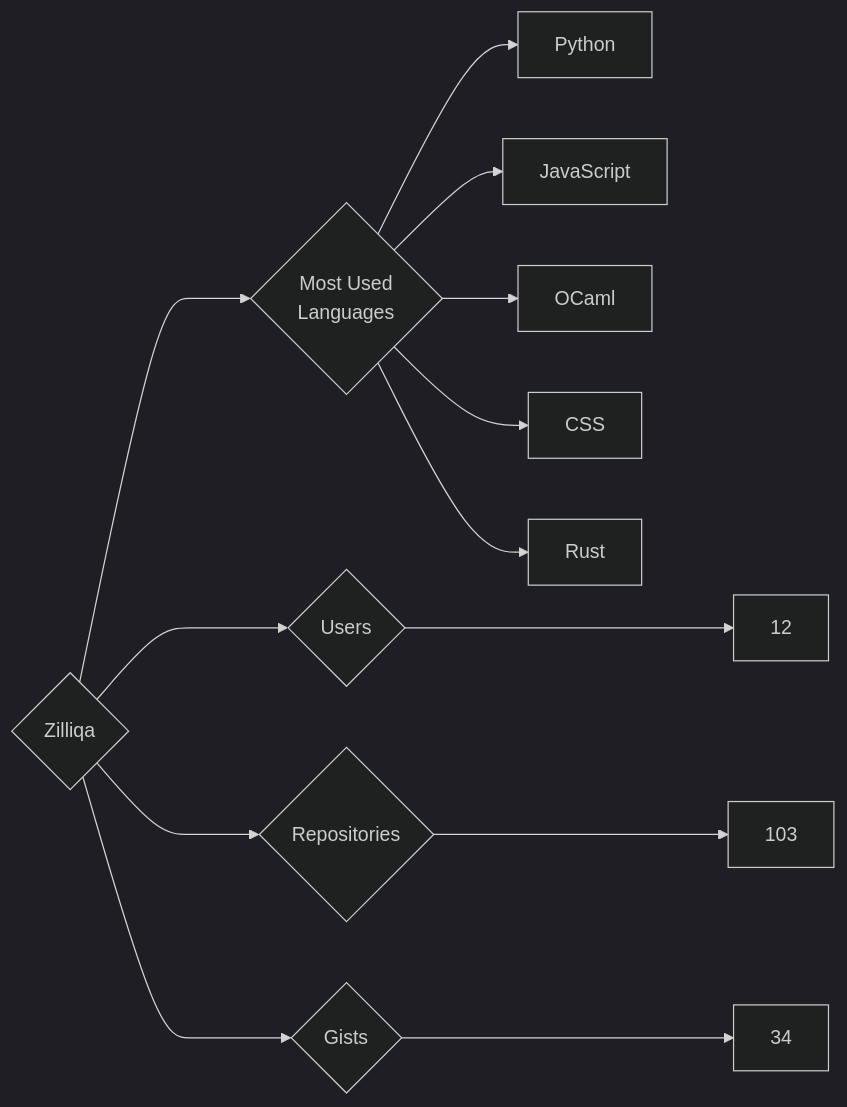
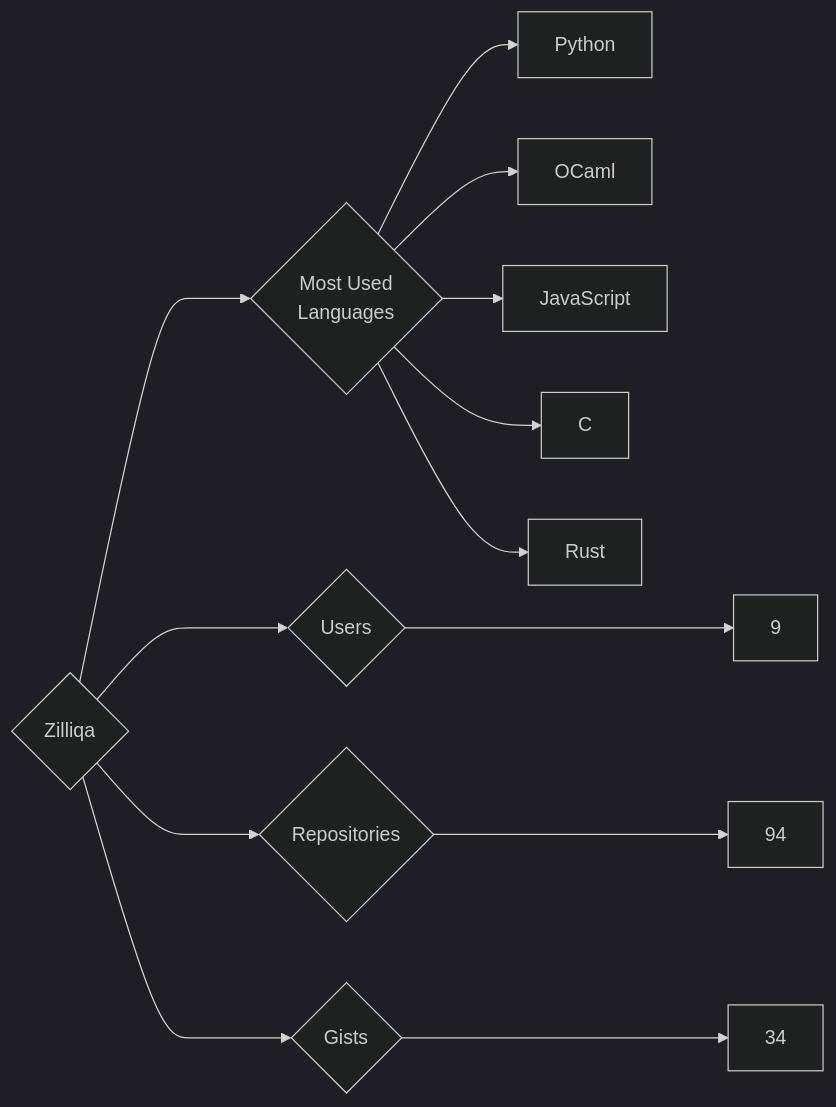
The diagram in targets/Zilliqa/README.md (trickest/insiders), drawn with Mermaid (dark theme) before and after one commit. The commit also changed 1484 other files, not shown here.

````diff
--- a/targets/Zilliqa/README.md
+++ b/targets/Zilliqa/README.md
@@ -3,13 +3,13 @@
 ```mermaid
 graph LR
 COMPANY_NAME{Zilliqa}
-COMPANY_NAME ---> U{Users} ---> UN[12]
-COMPANY_NAME ---> R{Repositories} ---> RN[103]
+COMPANY_NAME ---> U{Users} ---> UN[9]
+COMPANY_NAME ---> R{Repositories} ---> RN[94]
 COMPANY_NAME ---> G{Gists} ---> GN[34]
 COMPANY_NAME ---> ML{Most Used<br>Languages}
 ML --> Python[Python]
+ML --> OCaml[OCaml]
 ML --> JavaScript[JavaScript]
-ML --> OCaml[OCaml]
-ML --> CSS[CSS]
+ML --> C[C]
 ML --> Rust[Rust]
 ```
````
